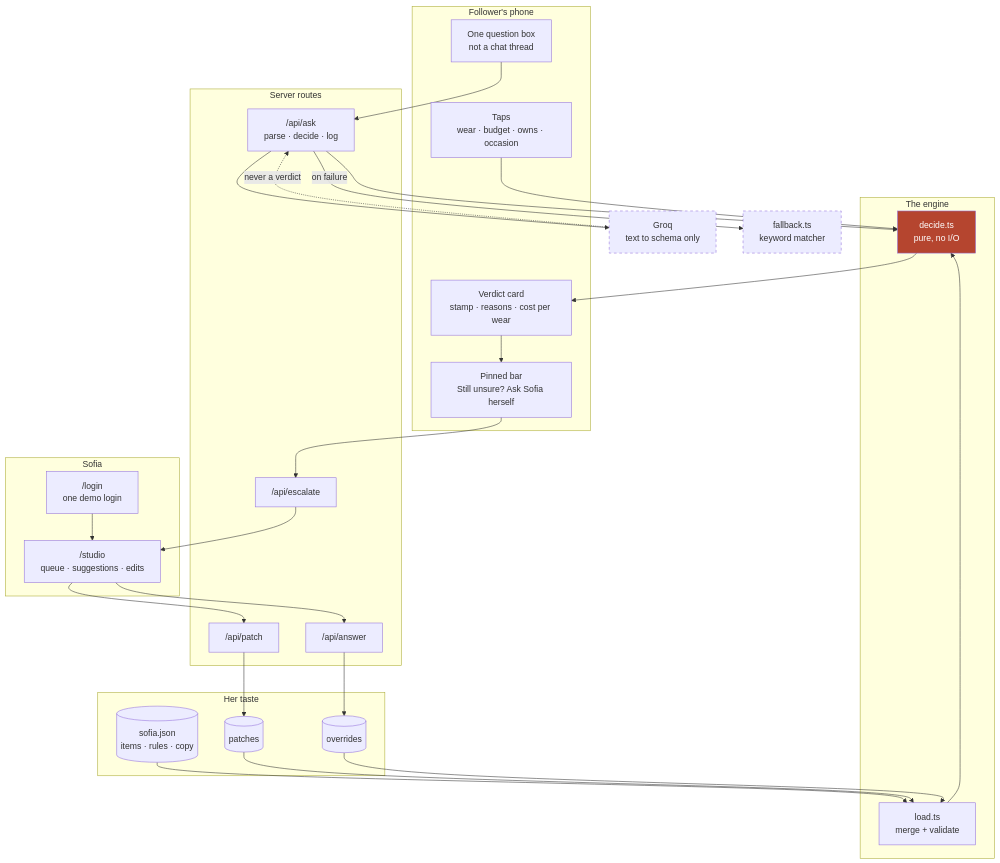
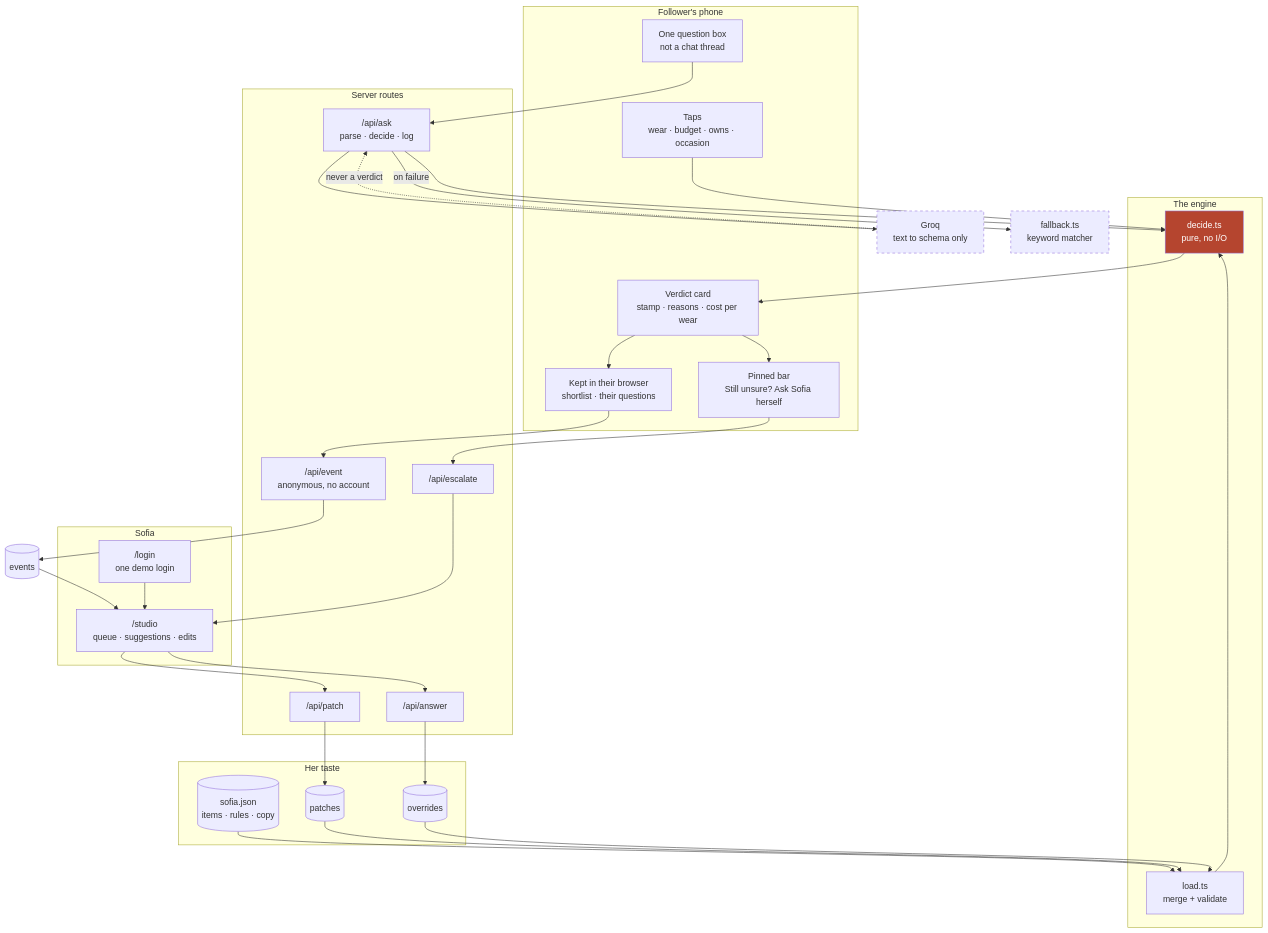
Before and after one commit to s1ddh-rth/ask-sofia: the first of 3 diagrams in README.md, drawn with Mermaid. The commit also changed other lines of this file and 2 other files, not shown here.

````diff
--- a/README.md
+++ b/README.md
@@ -31,59 +35,66 @@
 ```mermaid
 flowchart TB
     subgraph browser["Follower's phone"]
         taps["Taps<br/>wear · budget · owns · occasion"]
         box["One question box<br/>not a chat thread"]
         card["Verdict card<br/>stamp · reasons · cost per wear"]
         bar["Pinned bar<br/>Still unsure? Ask Sofia herself"]
+        keep["Kept in their browser<br/>shortlist · their questions"]
     end
 
     subgraph server["Server routes"]
         ask["/api/ask<br/>parse · decide · log"]
         esc["/api/escalate"]
+        ev["/api/event<br/>anonymous, no account"]
         ans["/api/answer"]
         patch["/api/patch"]
     end
 
     subgraph core["The engine"]
         load["load.ts<br/>merge + validate"]
         decide["decide.ts<br/>pure, no I/O"]
     end
 
     subgraph data["Her taste"]
         json[("sofia.json<br/>items · rules · copy")]
         patches[("patches")]
         overrides[("overrides")]
     end
 
     subgraph her["Sofia"]
         login["/login<br/>one demo login"]
         studio["/studio<br/>queue · suggestions · edits"]
     end
 
     groq["Groq<br/>text to schema only"]
     fallback["fallback.ts<br/>keyword matcher"]
+    events[("events")]
 
     taps --> decide
     box --> ask
     ask -->|"on failure"| fallback
     ask --> groq
     groq -.->|"never a verdict"| ask
     ask --> decide
     decide --> card
     card --> bar
+    card --> keep
+    keep --> ev
+    ev --> events
+    events --> studio
     bar --> esc
     esc --> studio
     login --> studio
     studio --> ans
     studio --> patch
     ans --> overrides
     patch --> patches
     json --> load
     patches --> load
     overrides --> load
     load --> decide
 
     style decide fill:#B5452F,color:#fff
     style groq stroke-dasharray: 5 5
     style fallback stroke-dasharray: 5 5
 ```
````
